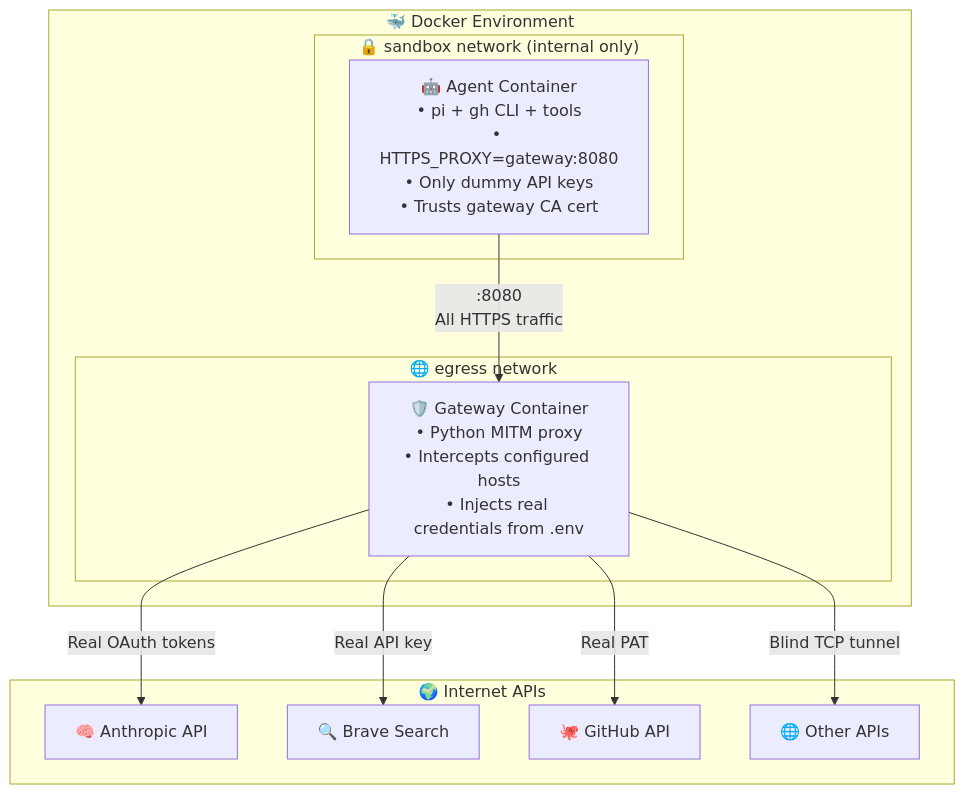
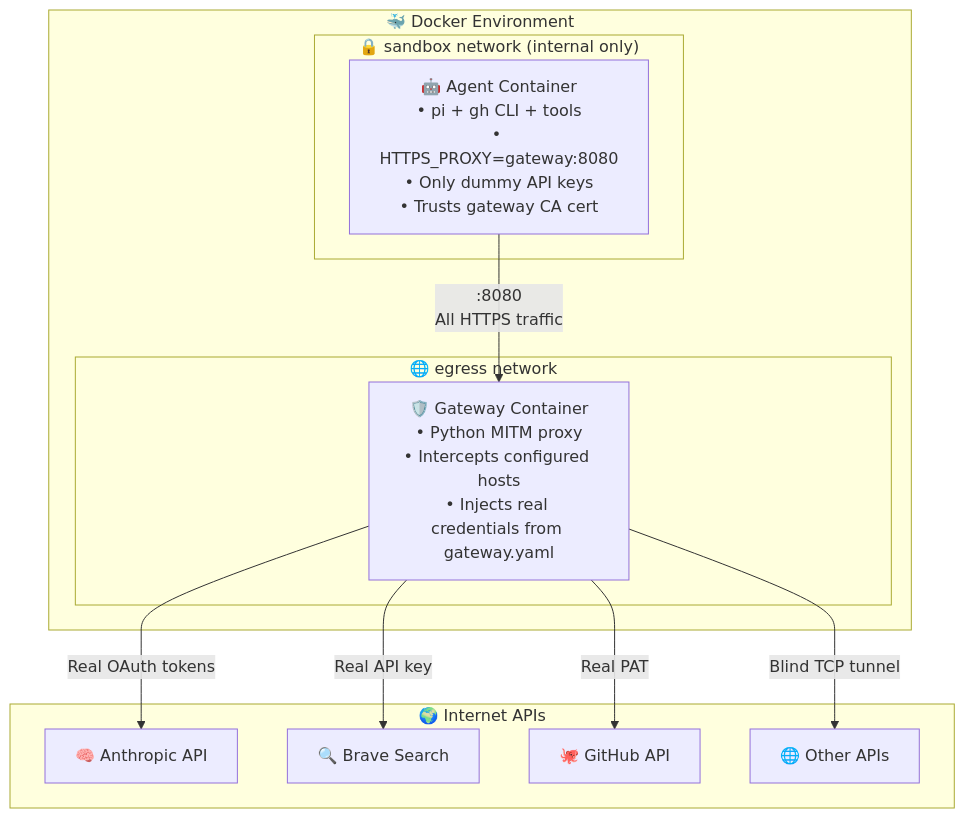
Before and after one commit to SayreBlades/truman-proxy: the diagram in README.md, drawn with Mermaid. The commit also changed other lines of this file and 21 other files, not shown here.

First line of the commit message:
feat: generalized auth config with YAML gateway and truman.sh CLI

````diff
--- a/README.md
+++ b/README.md
@@ -43,26 +43,26 @@
 ```mermaid
 flowchart TB
     subgraph Docker["🐳 Docker Environment"]
         subgraph SandboxNet["🔒 sandbox network (internal only)"]
             Agent["🤖 Agent Container<br/>• pi + gh CLI + tools<br/>• HTTPS_PROXY=gateway:8080<br/>• Only dummy API keys<br/>• Trusts gateway CA cert"]
         end
         
         subgraph EgressNet["🌐 egress network"]
-            Gateway["🛡️ Gateway Container<br/>• Python MITM proxy<br/>• Intercepts configured hosts<br/>• Injects real credentials from .env"]
+            Gateway["🛡️ Gateway Container<br/>• Python MITM proxy<br/>• Intercepts configured hosts<br/>• Injects real credentials from gateway.yaml"]
         end
         
         Agent -->|":8080<br/>All HTTPS traffic"| Gateway
     end
     
     subgraph APIs["🌍 Internet APIs"]
         Anthropic["🧠 Anthropic API"]
         Brave["🔍 Brave Search"]
         GitHub["🐙 GitHub API"]
         Other["🌐 Other APIs"]
     end
     
     Gateway -->|"Real OAuth tokens"| Anthropic
     Gateway -->|"Real API key"| Brave
     Gateway -->|"Real PAT"| GitHub
     Gateway -->|"Blind TCP tunnel"| Other
 ```
````
